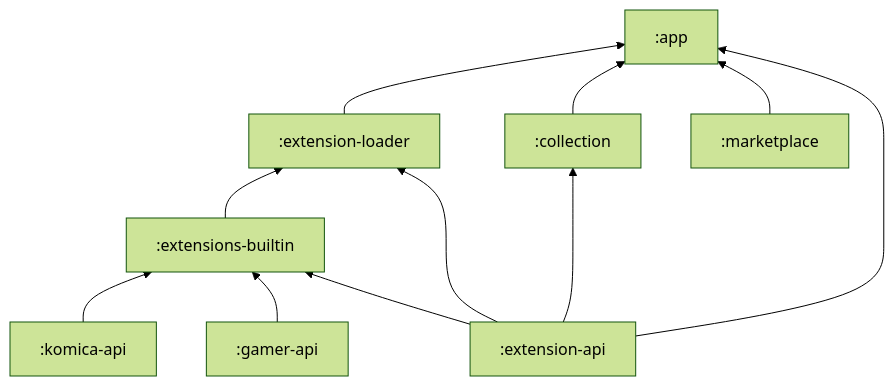
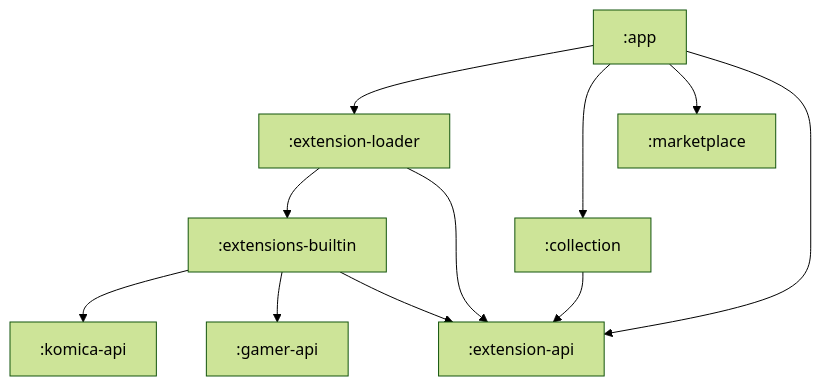
Before and after one commit to komicaviewer/NewsHub: the diagram in README.md, drawn with Mermaid (forest theme).

Commit message:
docs: fix module dependency arrow direction in architecture diagram
Arrows now follow the standard convention (dependent → dependency)
and graph direction changed from BT to TD.

````diff
--- a/README.md
+++ b/README.md
@@ -70,22 +70,22 @@
 ```mermaid
-graph BT
+graph TD
     komica-api[":komica-api"]
     gamer-api[":gamer-api"]
     extension-api[":extension-api"]
     extensions-builtin[":extensions-builtin"]
     extension-loader[":extension-loader"]
     collection[":collection"]
     marketplace[":marketplace"]
     app[":app"]
 
-    komica-api --> extensions-builtin
-    gamer-api --> extensions-builtin
-    extension-api --> extensions-builtin
-    extensions-builtin --> extension-loader
-    extension-api --> extension-loader
-    extension-api --> collection
-    extension-loader --> app
-    collection --> app
-    marketplace --> app
-    extension-api --> app
+    app --> extension-loader
+    app --> collection
+    app --> marketplace
+    app --> extension-api
+    extension-loader --> extensions-builtin
+    extension-loader --> extension-api
+    extensions-builtin --> komica-api
+    extensions-builtin --> gamer-api
+    extensions-builtin --> extension-api
+    collection --> extension-api
 ```
````
